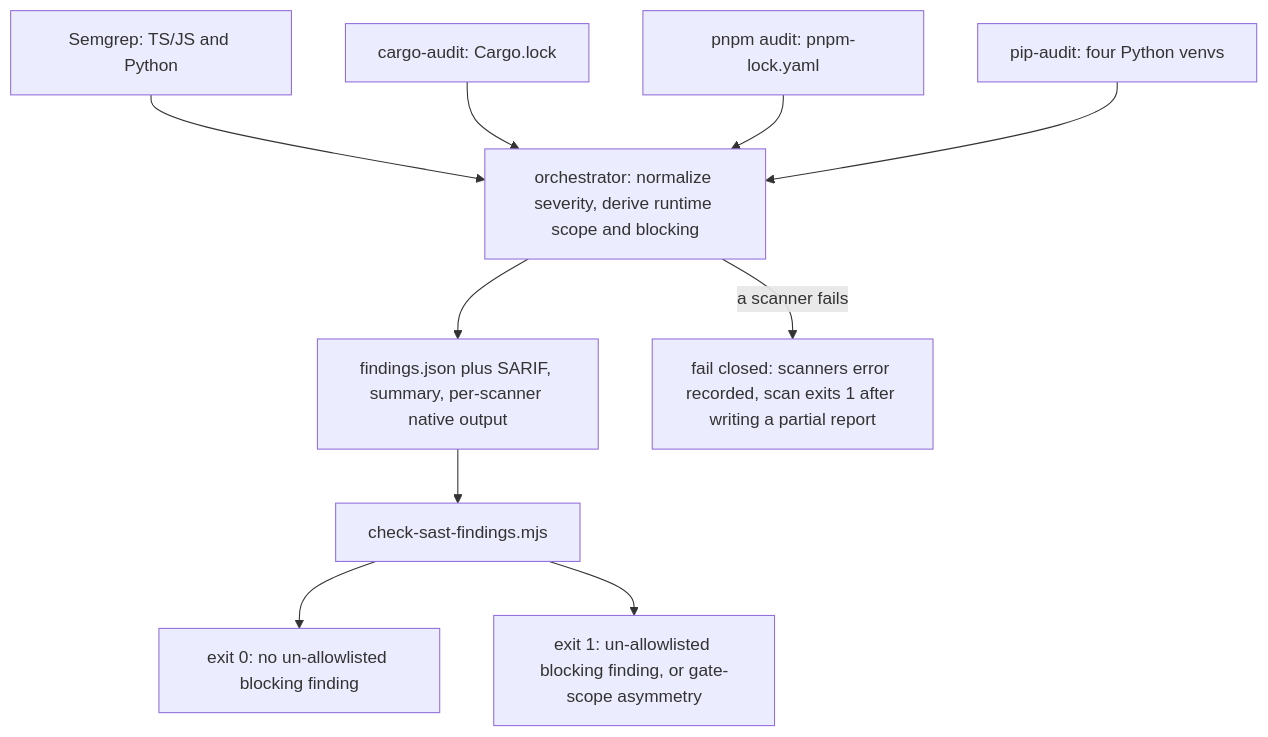
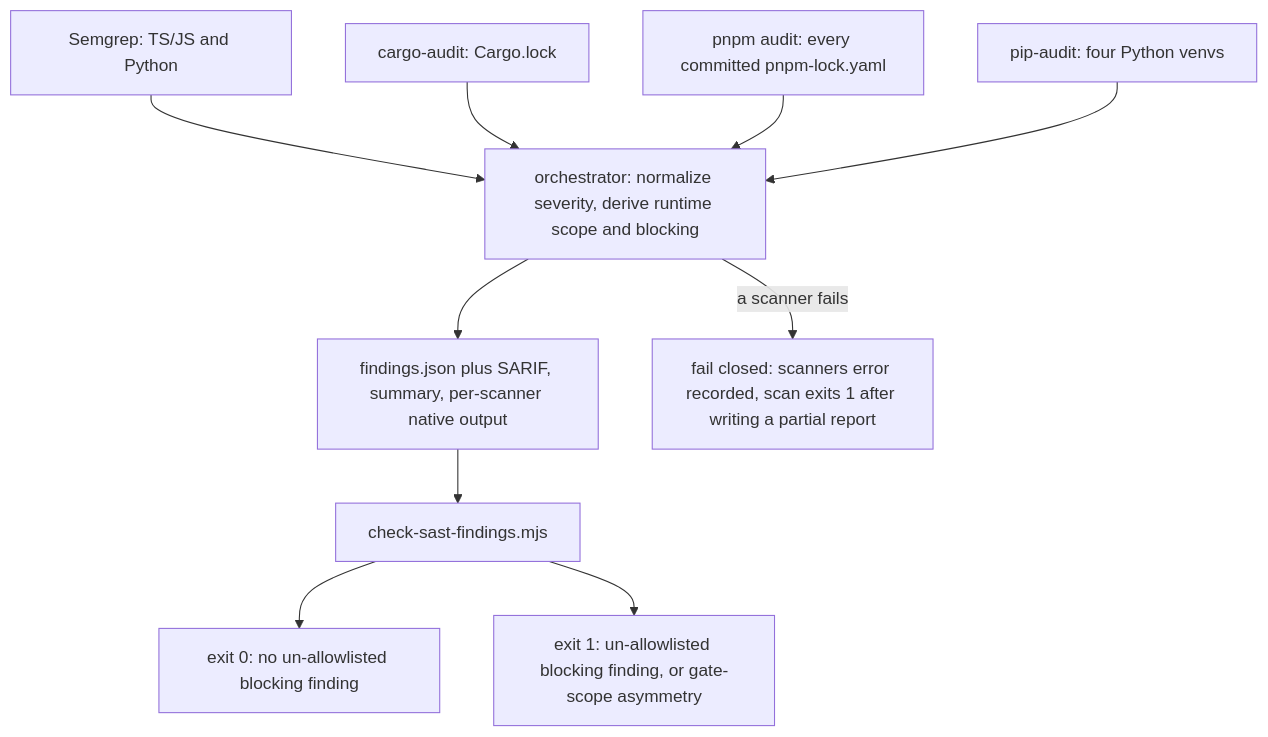
One commit to jumbleknot/MovieCollectionManager changed the first of 2 diagrams in openwiki/projects/sast.md. Above: the diagram before and after it, drawn with Mermaid. The commit also changed other lines of this file and 8 other files, not shown here.

````diff
--- a/openwiki/projects/sast.md
+++ b/openwiki/projects/sast.md
@@ -81,12 +99,12 @@
 ```mermaid
 flowchart TD
   S1["Semgrep: TS/JS and Python"] --> N
   S2["cargo-audit: Cargo.lock"] --> N
-  S3["pnpm audit: pnpm-lock.yaml"] --> N
+  S3["pnpm audit: every committed pnpm-lock.yaml"] --> N
   S4["pip-audit: four Python venvs"] --> N
   N["orchestrator: normalize severity, derive runtime scope and blocking"] --> F["findings.json plus SARIF, summary, per-scanner native output"]
   N -->|a scanner fails| FC["fail closed: scanners error recorded, scan exits 1 after writing a partial report"]
   F --> G["check-sast-findings.mjs"]
   G --> P["exit 0: no un-allowlisted blocking finding"]
   G --> X["exit 1: un-allowlisted blocking finding, or gate-scope asymmetry"]
 ```
````
